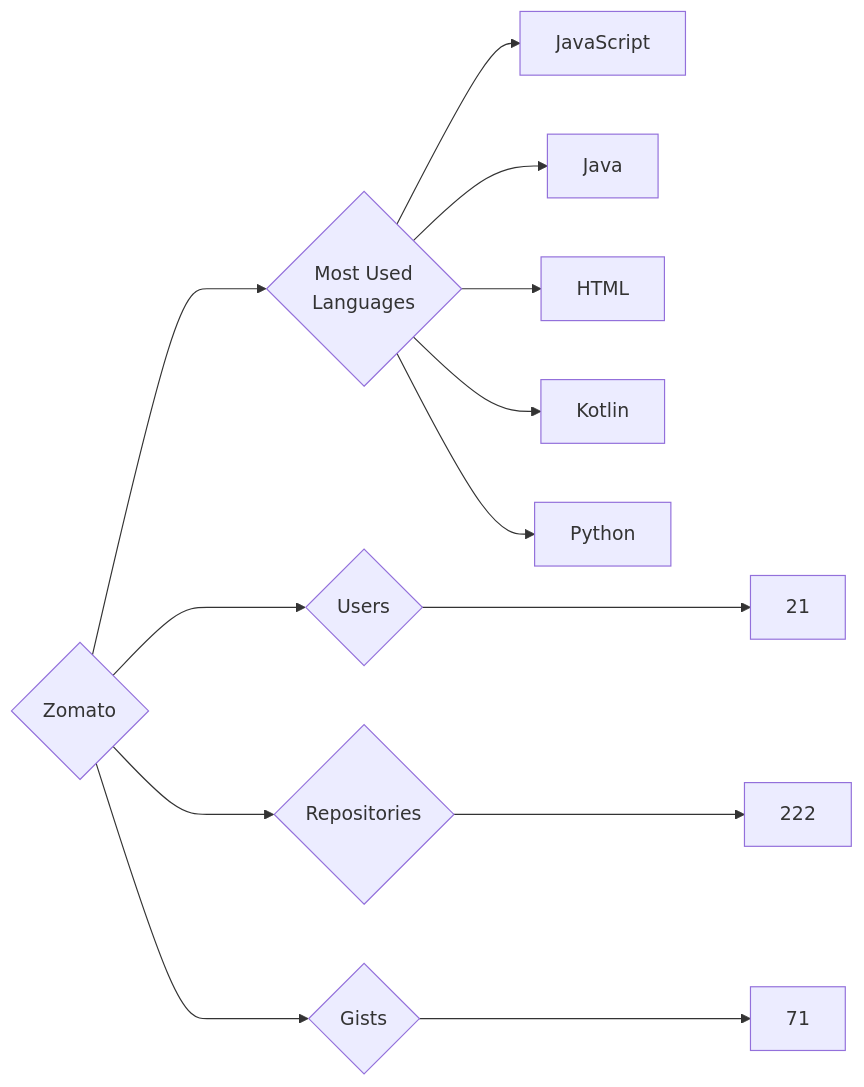
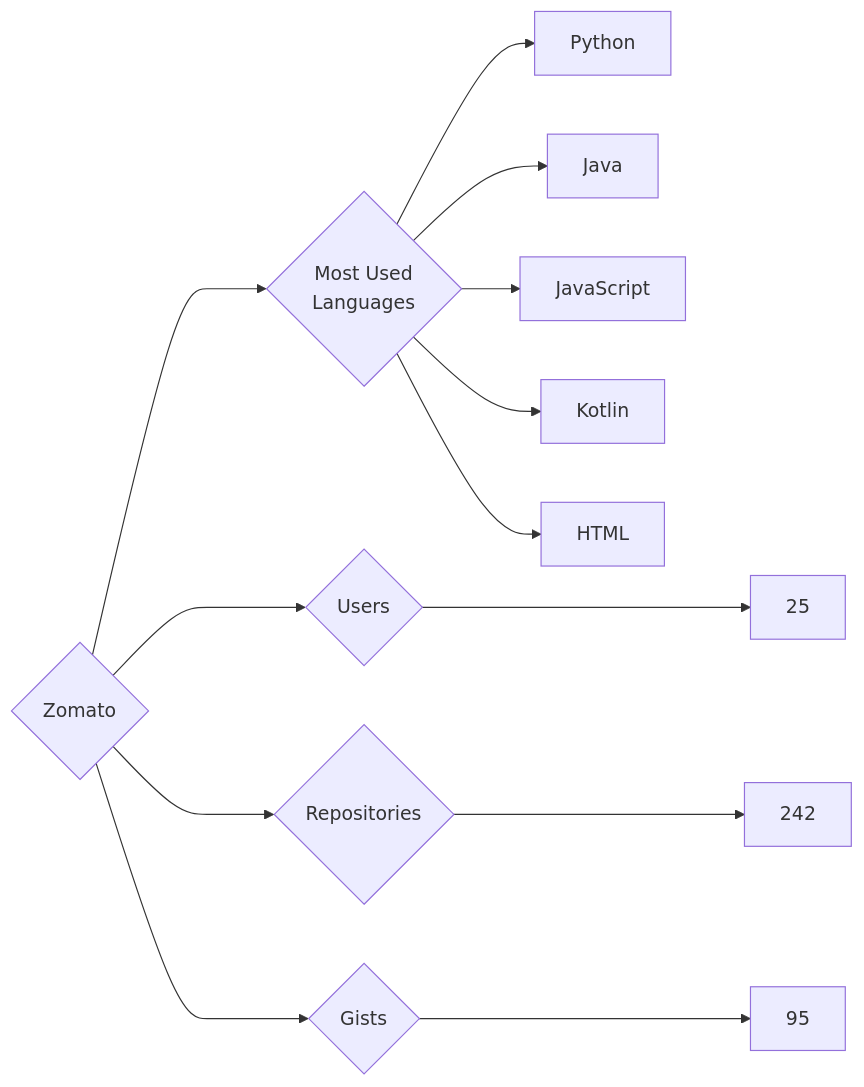
Before and after one commit to trickest/insiders: the diagram in targets/Zomato/README.md, drawn with Mermaid. The commit also changed 814 other files, not shown here.

````diff
--- a/targets/Zomato/README.md
+++ b/targets/Zomato/README.md
@@ -3,13 +3,13 @@
 ```mermaid
 graph LR
 COMPANY_NAME{Zomato}
-COMPANY_NAME ---> U{Users} ---> UN[21]
-COMPANY_NAME ---> R{Repositories} ---> RN[222]
-COMPANY_NAME ---> G{Gists} ---> GN[71]
+COMPANY_NAME ---> U{Users} ---> UN[25]
+COMPANY_NAME ---> R{Repositories} ---> RN[242]
+COMPANY_NAME ---> G{Gists} ---> GN[95]
 COMPANY_NAME ---> ML{Most Used<br>Languages}
+ML --> Python[Python]
+ML --> Java[Java]
 ML --> JavaScript[JavaScript]
-ML --> Java[Java]
+ML --> Kotlin[Kotlin]
 ML --> HTML[HTML]
-ML --> Kotlin[Kotlin]
-ML --> Python[Python]
 ```
````
